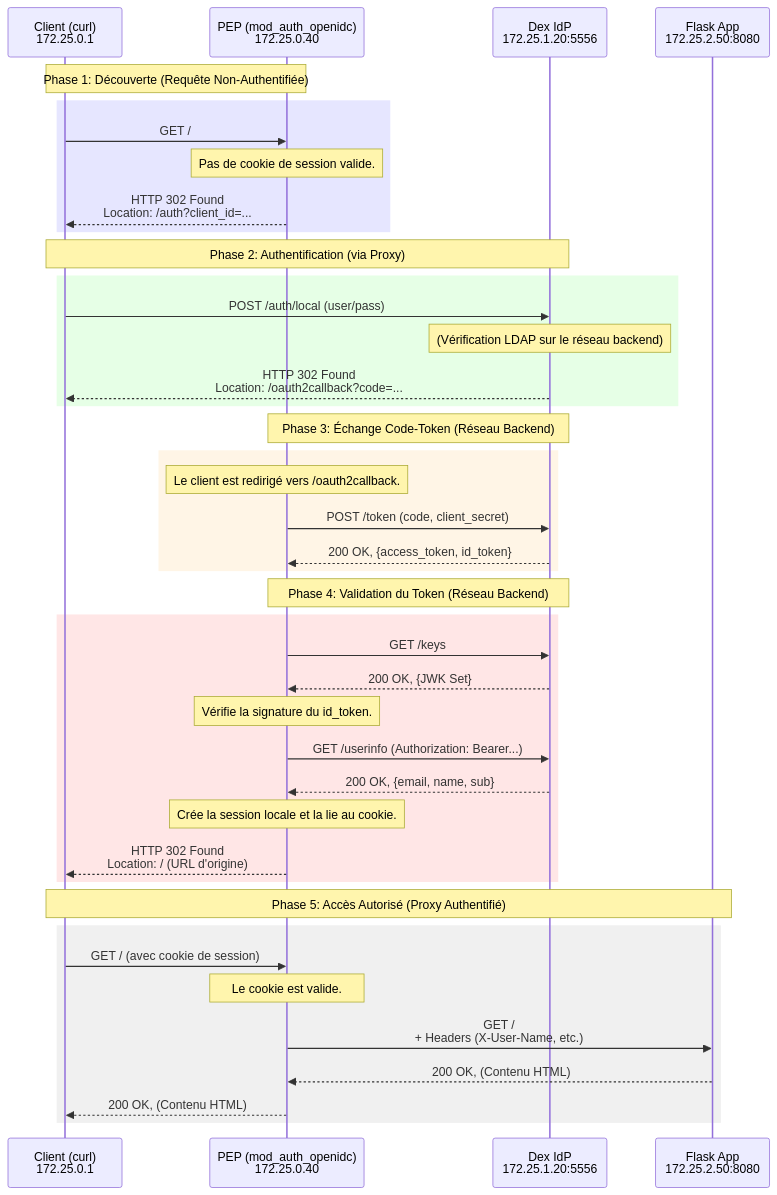
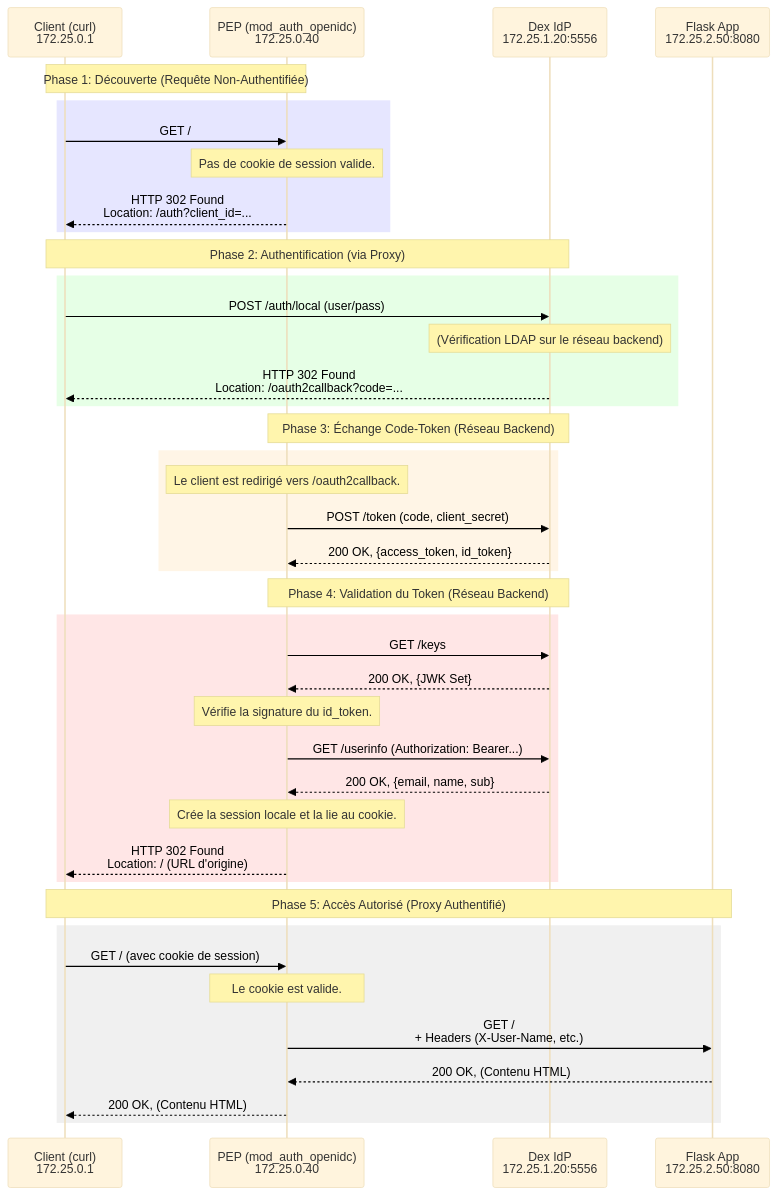
Before and after one commit to randomKara/ldap-dex-IDP: the diagram in observation.md, drawn with Mermaid.

````diff
--- a/observation.md
+++ b/observation.md
@@ -24,48 +24,49 @@
 ```mermaid
+%%{init: { 'theme': 'base', 'themeVariables': { 'textColor': '#000000' } } }%%
 sequenceDiagram
     participant Client as Client (curl)<br>172.25.0.1
     participant PEP as PEP (mod_auth_openidc)<br>172.25.0.40
     participant DexIdP as Dex IdP<br>172.25.1.20:5556
     participant Flask as Flask App<br>172.25.2.50:8080
 
     note over Client, PEP: Phase 1: Découverte (Requête Non-Authentifiée)
     rect rgb(230, 230, 255)
         Client->>PEP: GET /
         note over PEP: Pas de cookie de session valide.
         PEP-->>Client: HTTP 302 Found<br>Location: /auth?client_id=...
     end
 
     note over Client, DexIdP: Phase 2: Authentification (via Proxy)
     rect rgb(230, 255, 230)
         Client->>DexIdP: POST /auth/local (user/pass)
         note over DexIdP: (Vérification LDAP sur le réseau backend)
         DexIdP-->>Client: HTTP 302 Found<br>Location: /oauth2callback?code=...
     end
 
     note over PEP, DexIdP: Phase 3: Échange Code-Token (Réseau Backend)
     rect rgb(255, 245, 230)
         note over PEP: Le client est redirigé vers /oauth2callback.
         PEP->>DexIdP: POST /token (code, client_secret)
         DexIdP-->>PEP: 200 OK, {access_token, id_token}
     end
     
     note over PEP, DexIdP: Phase 4: Validation du Token (Réseau Backend)
     rect rgb(255, 230, 230)
         PEP->>DexIdP: GET /keys
         DexIdP-->>PEP: 200 OK, {JWK Set}
         note over PEP: Vérifie la signature du id_token.
         PEP->>DexIdP: GET /userinfo (Authorization: Bearer...)
         DexIdP-->>PEP: 200 OK, {email, name, sub}
         note over PEP: Crée la session locale et la lie au cookie.
         PEP-->>Client: HTTP 302 Found<br>Location: / (URL d'origine)
     end
 
     note over Client, Flask: Phase 5: Accès Autorisé (Proxy Authentifié)
     rect rgb(240, 240, 240)
         Client->>PEP: GET / (avec cookie de session)
         note over PEP: Le cookie est valide.
         PEP->>Flask: GET /<br>+ Headers (X-User-Name, etc.)
         Flask-->>PEP: 200 OK, (Contenu HTML)
         PEP-->>Client: 200 OK, (Contenu HTML)
     end
 ```
````
